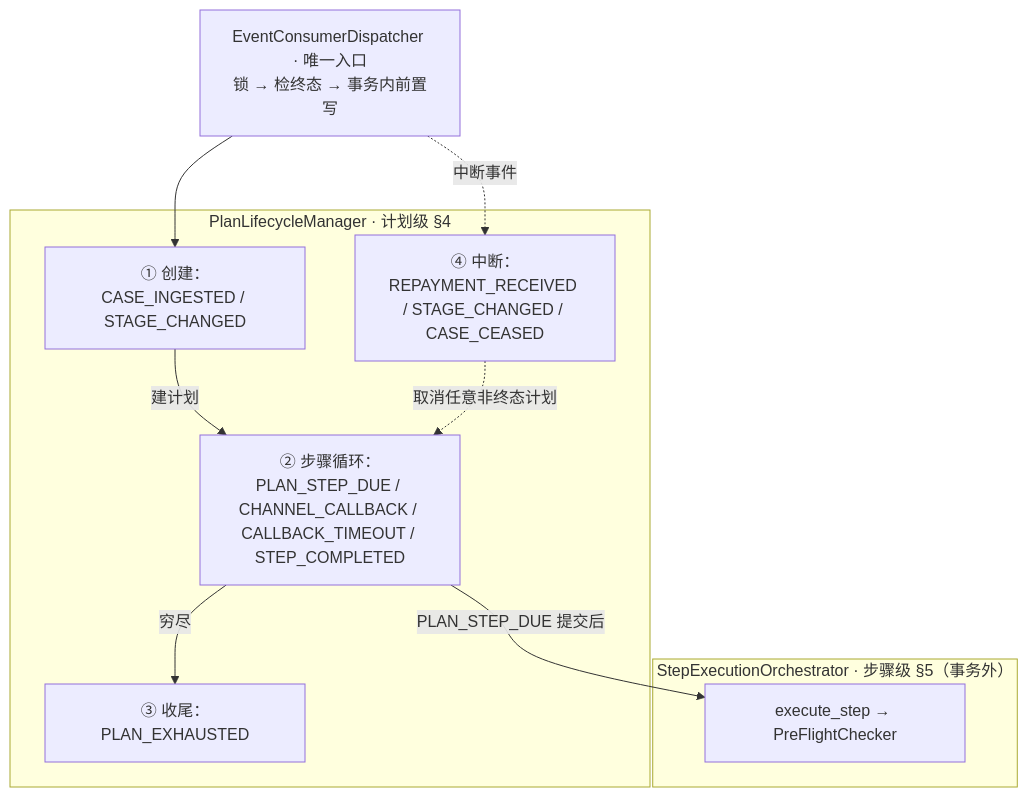
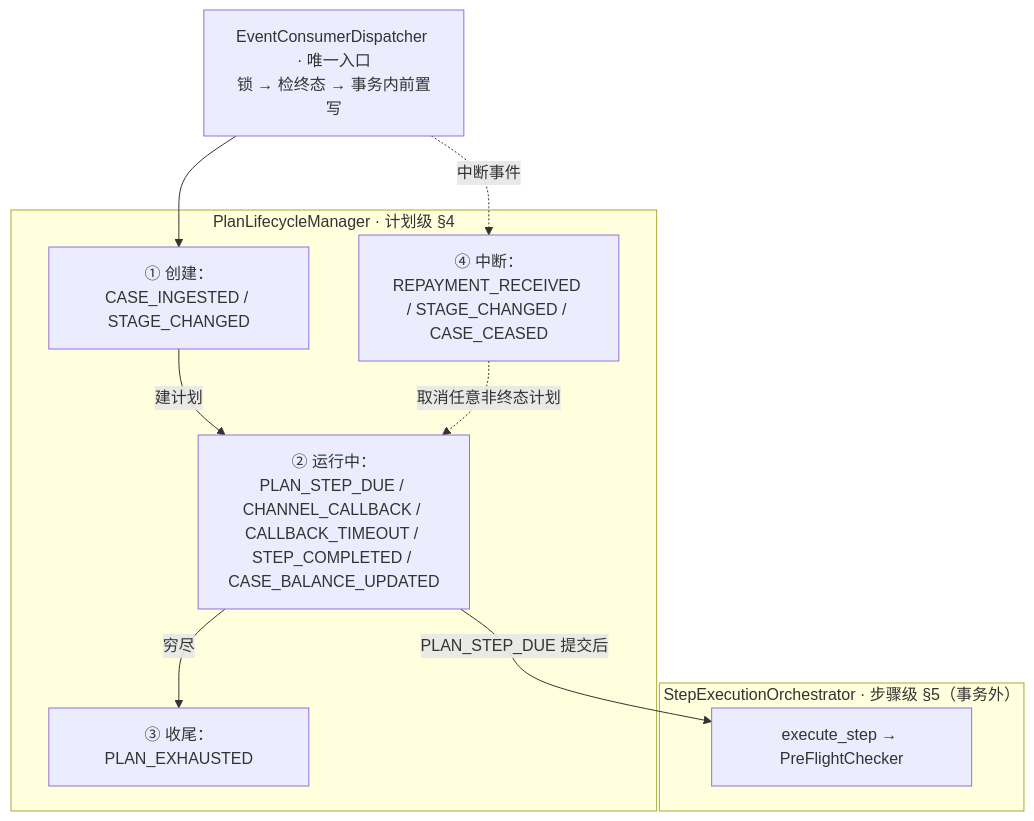
Before and after one commit to katherineliu2102/Intelligent-Collection-V1: the second of 6 diagrams in docs/MOCASA催收系统升级_Phase1_核心引擎规格.md, drawn with Mermaid. The commit also changed other lines of this file and 222 other files, not shown here.

````diff
--- a/docs/MOCASA催收系统升级_Phase1_核心引擎规格.md
+++ b/docs/MOCASA催收系统升级_Phase1_核心引擎规格.md
@@ -114,22 +125,22 @@
 ```mermaid
 flowchart TB
     D["EventConsumerDispatcher · 唯一入口<br/>锁 → 检终态 → 事务内前置写"]
 
     subgraph plan["PlanLifecycleManager · 计划级 §4"]
         P1["① 创建：CASE_INGESTED / STAGE_CHANGED"]
-        P3["② 步骤循环：PLAN_STEP_DUE / CHANNEL_CALLBACK / CALLBACK_TIMEOUT / STEP_COMPLETED"]
+        P3["② 运行中：PLAN_STEP_DUE / CHANNEL_CALLBACK / CALLBACK_TIMEOUT / STEP_COMPLETED / CASE_BALANCE_UPDATED"]
         P4["③ 收尾：PLAN_EXHAUSTED"]
         P2["④ 中断：REPAYMENT_RECEIVED / STAGE_CHANGED / CASE_CEASED"]
     end
 
     subgraph step["StepExecutionOrchestrator · 步骤级 §5（事务外）"]
         O["execute_step → PreFlightChecker"]
     end
 
     D --> P1
     P1 -->|"建计划"| P3
     P3 -->|"穷尽"| P4
     P3 -->|"PLAN_STEP_DUE 提交后"| O
     D -. "中断事件" .-> P2
     P2 -. "取消任意非终态计划" .-> P3
 ```
````
